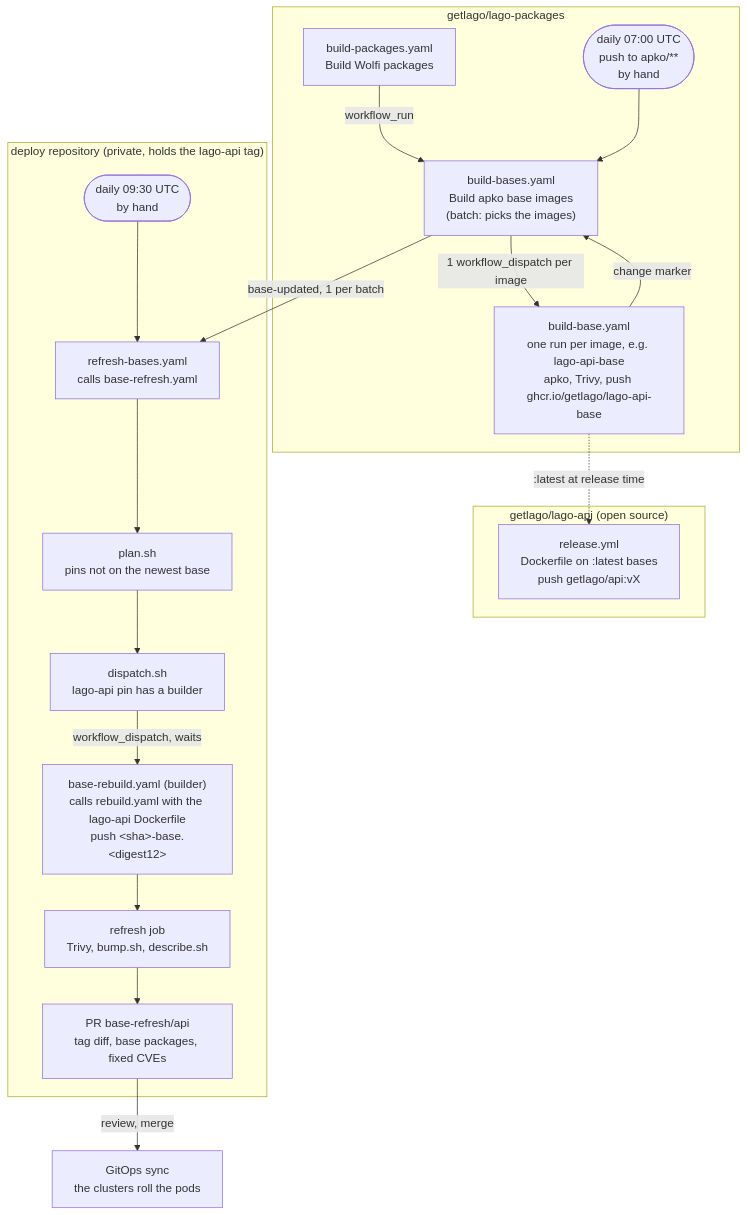
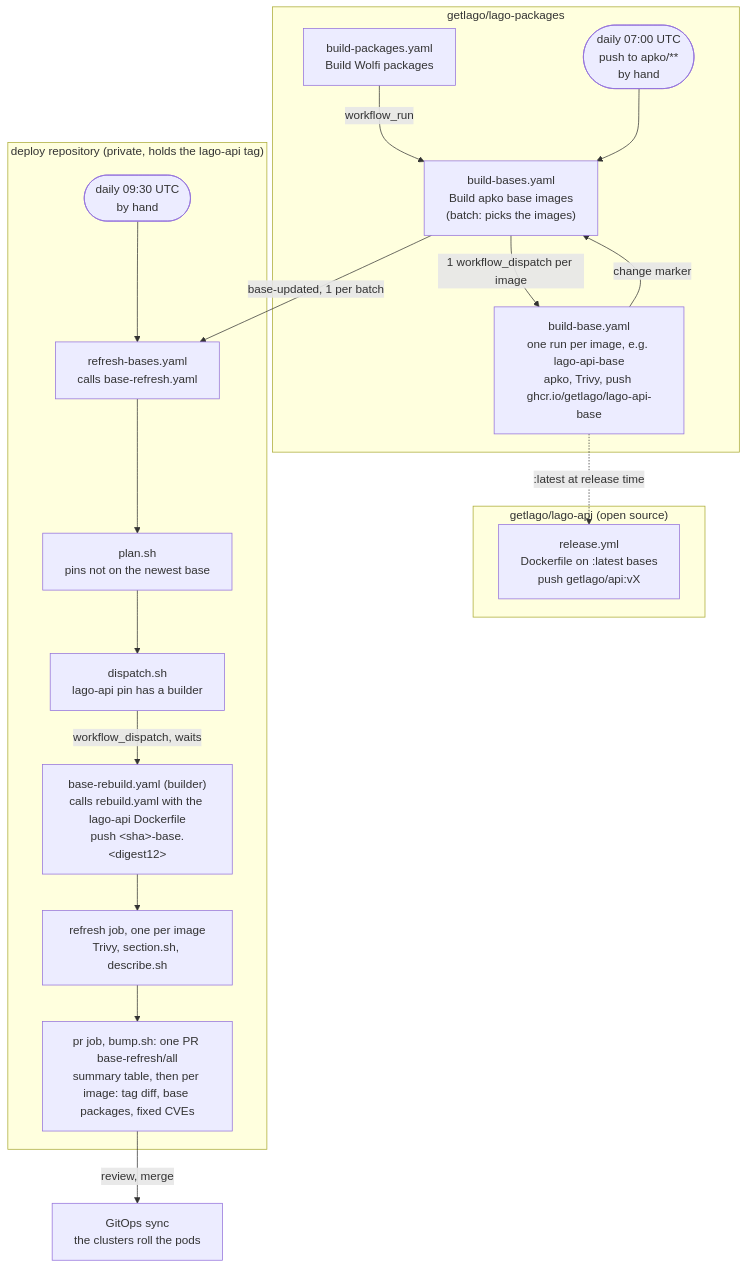
Before and after one commit to getlago/lago-packages: the diagram in README.md, drawn with Mermaid. The commit also changed other lines of this file and 3 other files, not shown here.

First line of the commit message:
feat(base-refresh): one bump PR per run for every image (draft)

````diff
--- a/README.md
+++ b/README.md
@@ -90,32 +90,32 @@
 ```mermaid
 flowchart TD
   subgraph LP["getlago/lago-packages"]
     PK["build-packages.yaml<br/>Build Wolfi packages"]
     T1(["daily 07:00 UTC<br/>push to apko/**<br/>by hand"])
     BB["build-bases.yaml<br/>Build apko base images<br/>(batch: picks the images)"]
     BI["build-base.yaml<br/>one run per image, e.g. lago-api-base<br/>apko, Trivy, push ghcr.io/getlago/lago-api-base"]
     PK -- "workflow_run" --> BB
     T1 --> BB
     BB -- "1 workflow_dispatch per image" --> BI
     BI -- "change marker" --> BB
   end
   subgraph API["getlago/lago-api (open source)"]
     REL["release.yml<br/>Dockerfile on :latest bases<br/>push getlago/api:vX"]
   end
   subgraph CO["deploy repository (private, holds the lago-api tag)"]
     T2(["daily 09:30 UTC<br/>by hand"])
     RB["refresh-bases.yaml<br/>calls base-refresh.yaml"]
     PL["plan.sh<br/>pins not on the newest base"]
     DI["dispatch.sh<br/>lago-api pin has a builder"]
     BR["base-rebuild.yaml (builder)<br/>calls rebuild.yaml with the lago-api Dockerfile<br/>push &lt;sha&gt;-base.&lt;digest12&gt;"]
-    RF["refresh job<br/>Trivy, bump.sh, describe.sh"]
-    PR["PR base-refresh/api<br/>tag diff, base packages, fixed CVEs"]
+    RF["refresh job, one per image<br/>Trivy, section.sh, describe.sh"]
+    PR["pr job, bump.sh: one PR base-refresh/all<br/>summary table, then per image: tag diff, base packages, fixed CVEs"]
     T2 --> RB --> PL --> DI
     RF --> PR
   end
   BI -. ":latest at release time" .-> REL
   BB -- "base-updated, 1 per batch" --> RB
   DI -- "workflow_dispatch, waits" --> BR
   BR --> RF
   PR -- "review, merge" --> GO["GitOps sync<br/>the clusters roll the pods"]
 ```
````
